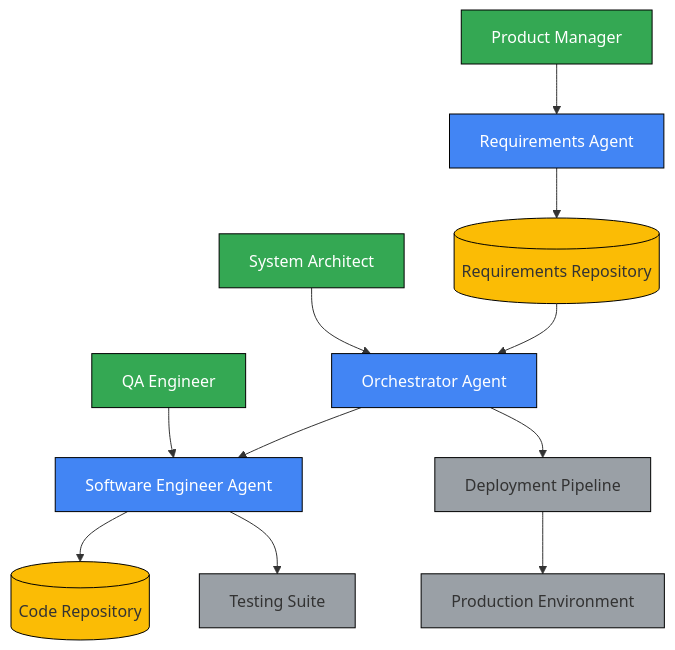
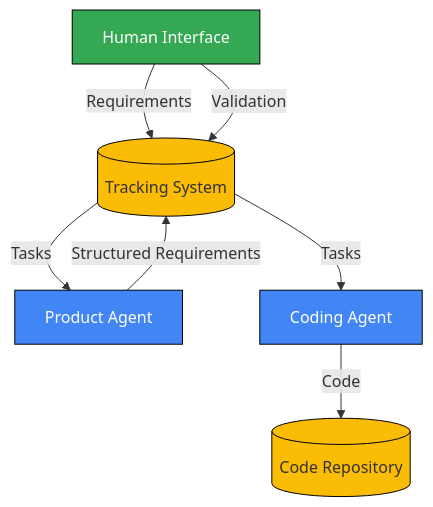
The first of 2 diagrams in docs/arch/architecture_overview.md (kgatilin/aihive), drawn with Mermaid before and after one commit. The commit also changed other lines of this file and 1 other file, not shown here.

Commit message:
Simplify component architecture to focus on key high-level components

````diff
--- a/docs/arch/architecture_overview.md
+++ b/docs/arch/architecture_overview.md
@@ -33,29 +33,17 @@
 ```mermaid
 graph TD
-    PM[Product Manager] --> RA[Requirements Agent]
-    RA --> RR[(Requirements Repository)]
-    RR --> OA[Orchestrator Agent]
-    OA --> SEA[Software Engineer Agent]
-    SEA --> CR[(Code Repository)]
-    SEA --> TS[Testing Suite]
-    OA --> DP[Deployment Pipeline]
-    DP --> PE[Production Environment]
+    UI[Human Interface] -->|Requirements| TS[(Tracking System)]
+    TS -->|Tasks| PM[Product Agent]
+    TS -->|Tasks| CA[Coding Agent]
+    PM -->|Structured Requirements| TS
+    CA -->|Code| CR[(Code Repository)]
+    UI -->|Validation| TS
     
-    SA[System Architect] --> OA
-    QA[QA Engineer] --> SEA
+    style PM fill:#4285F4,stroke:#000,stroke-width:1px,color:white
+    style CA fill:#4285F4,stroke:#000,stroke-width:1px,color:white
     
-    style RA fill:#4285F4,stroke:#000,stroke-width:1px,color:white
-    style OA fill:#4285F4,stroke:#000,stroke-width:1px,color:white
-    style SEA fill:#4285F4,stroke:#000,stroke-width:1px,color:white
+    style UI fill:#34A853,stroke:#000,stroke-width:1px,color:white
     
-    style PM fill:#34A853,stroke:#000,stroke-width:1px,color:white
-    style SA fill:#34A853,stroke:#000,stroke-width:1px,color:white
-    style QA fill:#34A853,stroke:#000,stroke-width:1px,color:white
-    
-    style RR fill:#FBBC05,stroke:#000,stroke-width:1px
+    style TS fill:#FBBC05,stroke:#000,stroke-width:1px
     style CR fill:#FBBC05,stroke:#000,stroke-width:1px
-    
-    style TS fill:#9AA0A6,stroke:#000,stroke-width:1px
-    style DP fill:#9AA0A6,stroke:#000,stroke-width:1px
-    style PE fill:#9AA0A6,stroke:#000,stroke-width:1px
 ```
````
